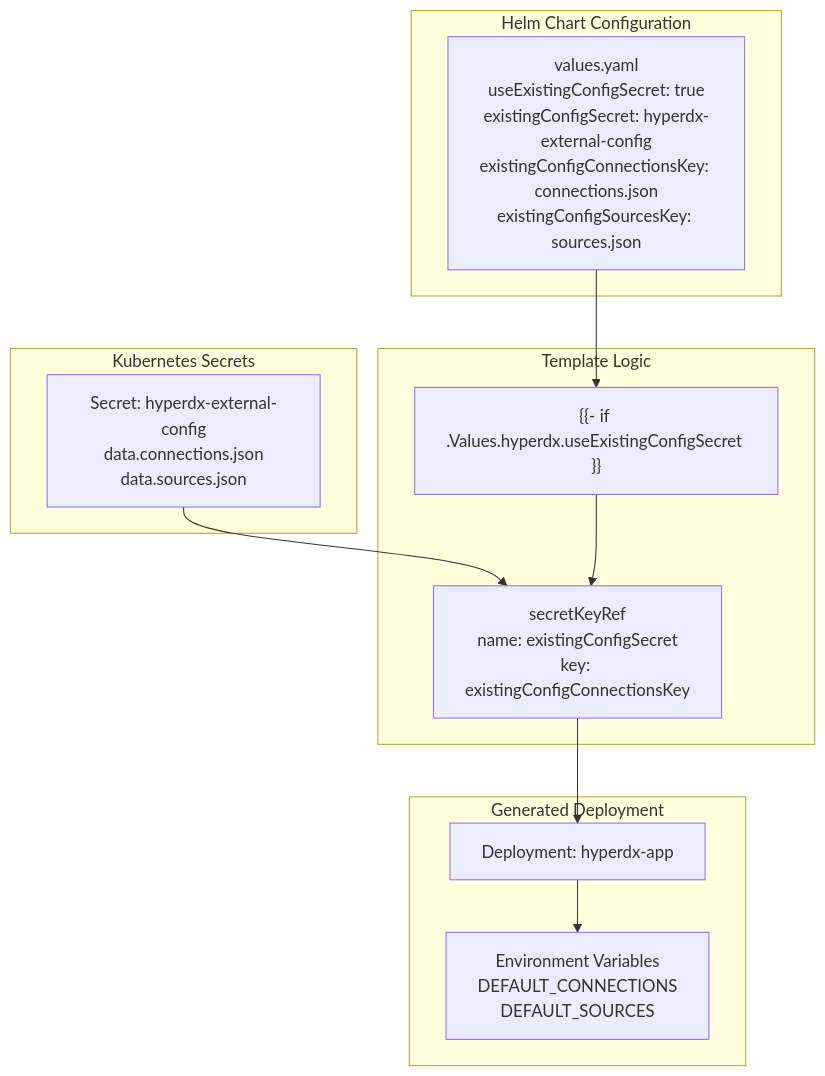
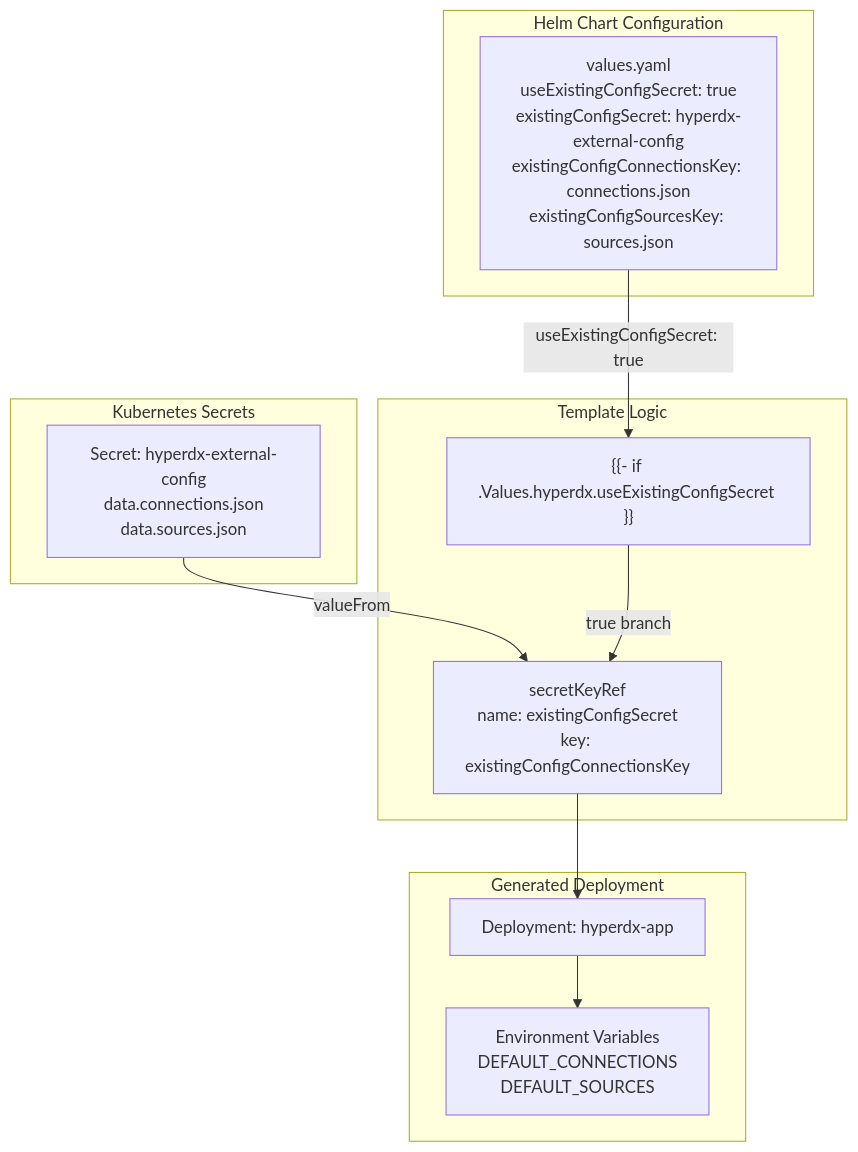
The third of 5 diagrams in docs/hyperdxio-helm-charts-docs/External-ClickHouse.md (openchoreo/openchoreo), drawn with Mermaid before and after one commit. The commit also changed other lines of this file and 85 other files, not shown here.

Commit message:
feat: Add new workflow and specification templates, update Helm chart dependencies, and clarify documentation diagrams.

````diff
--- a/docs/hyperdxio-helm-charts-docs/External-ClickHouse.md
+++ b/docs/hyperdxio-helm-charts-docs/External-ClickHouse.md
@@ -353,34 +353,34 @@
 ```mermaid
 flowchart TD
 
 ExternalSecret["Secret: hyperdx-external-config<br>data.connections.json<br>data.sources.json"]
 ValuesConfig["values.yaml<br>useExistingConfigSecret: true<br>existingConfigSecret: hyperdx-external-config<br>existingConfigConnectionsKey: connections.json<br>existingConfigSourcesKey: sources.json"]
 ConditionalCheck["{{- if .Values.hyperdx.useExistingConfigSecret }}"]
 SecretKeyRef["secretKeyRef<br>name: existingConfigSecret<br>key: existingConfigConnectionsKey"]
 Deployment["Deployment: hyperdx-app"]
 EnvVars["Environment Variables<br>DEFAULT_CONNECTIONS<br>DEFAULT_SOURCES"]
 
-ValuesConfig --> ConditionalCheck
-ExternalSecret --> SecretKeyRef
+ValuesConfig -->|"useExistingConfigSecret: true"| ConditionalCheck
+ExternalSecret -->|"valueFrom"| SecretKeyRef
 SecretKeyRef --> Deployment
 
 subgraph subGraph3 ["Generated Deployment"]
     Deployment
     EnvVars
     Deployment --> EnvVars
 end
 
 subgraph subGraph2 ["Template Logic"]
     ConditionalCheck
     SecretKeyRef
-    ConditionalCheck --> SecretKeyRef
+    ConditionalCheck -->|"true branch"| SecretKeyRef
 end
 
 subgraph subGraph1 ["Helm Chart Configuration"]
     ValuesConfig
 end
 
 subgraph subGraph0 ["Kubernetes Secrets"]
     ExternalSecret
 end
 ```
````
